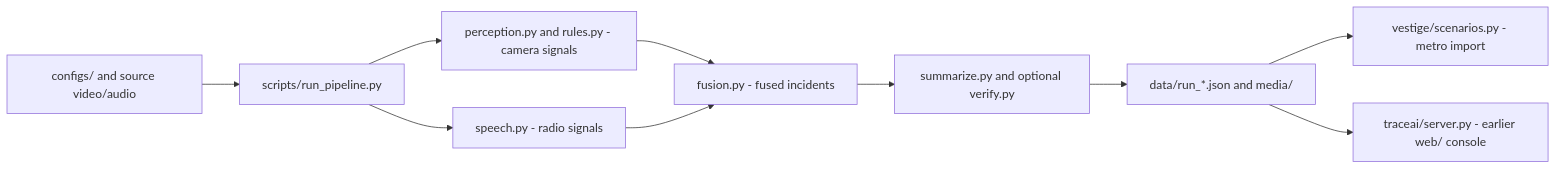
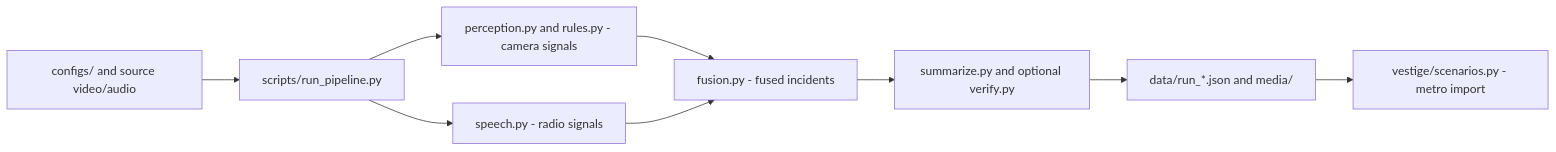
The second of 2 diagrams in docs/ARCHITECTURE.md (AlenHsiaoWeiLun/trace-ugen), drawn with Mermaid before and after one commit. The commit also changed other lines of this file and 56 other files, not shown here.

````diff
--- a/docs/ARCHITECTURE.md
+++ b/docs/ARCHITECTURE.md
@@ -125,12 +124,11 @@
 ```mermaid
 flowchart LR
     Config[configs/ and source video/audio] --> Run[scripts/run_pipeline.py]
     Run --> Detect[perception.py and rules.py - camera signals]
     Run --> Speech[speech.py - radio signals]
     Detect --> Fusion[fusion.py - fused incidents]
     Speech --> Fusion
     Fusion --> Summary[summarize.py and optional verify.py]
     Summary --> Replay[data/run_*.json and media/]
     Replay --> Import[vestige/scenarios.py - metro import]
-    Replay --> Old[traceai/server.py - earlier web/ console]
 ```
````
